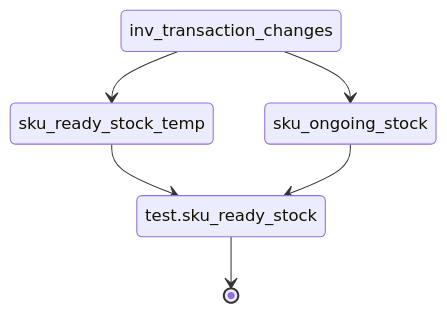
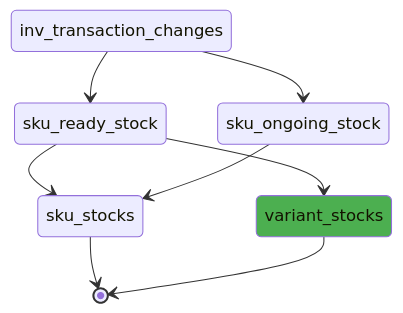
One commit to pdcgo/worker_stat changed the diagram in streaming.mmd. Above: the diagram before and after it, drawn with Mermaid. The commit also changed 14 other files, not shown here.

```diff
--- a/streaming.mmd
+++ b/streaming.mmd
@@ -1,6 +1,9 @@
 stateDiagram-v2
-	test.sku_ready_stock--> [*]
-	inv_transaction_changes--> sku_ready_stock_temp
-	sku_ready_stock_temp--> test.sku_ready_stock
+	sku_stocks--> [*]
+	variant_stocks--> [*]
+	style variant_stocks fill:#4CAF50
+	inv_transaction_changes--> sku_ready_stock
+	sku_ready_stock--> sku_stocks
 	inv_transaction_changes--> sku_ongoing_stock
-	sku_ongoing_stock--> test.sku_ready_stock
+	sku_ongoing_stock--> sku_stocks
+	sku_ready_stock--> variant_stocks
```
